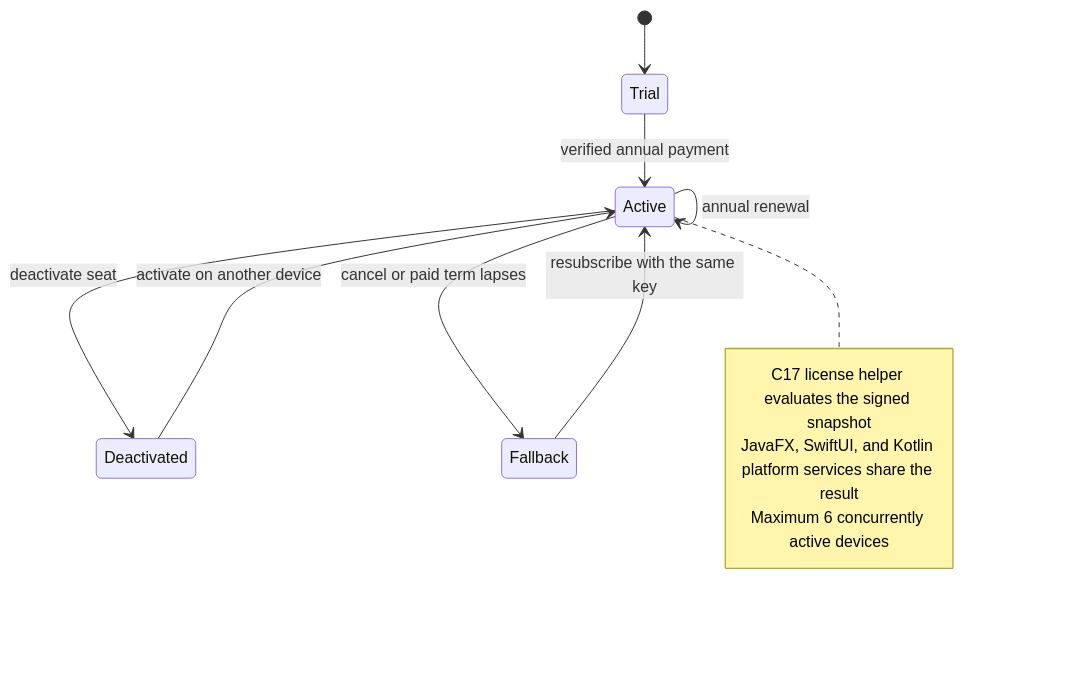
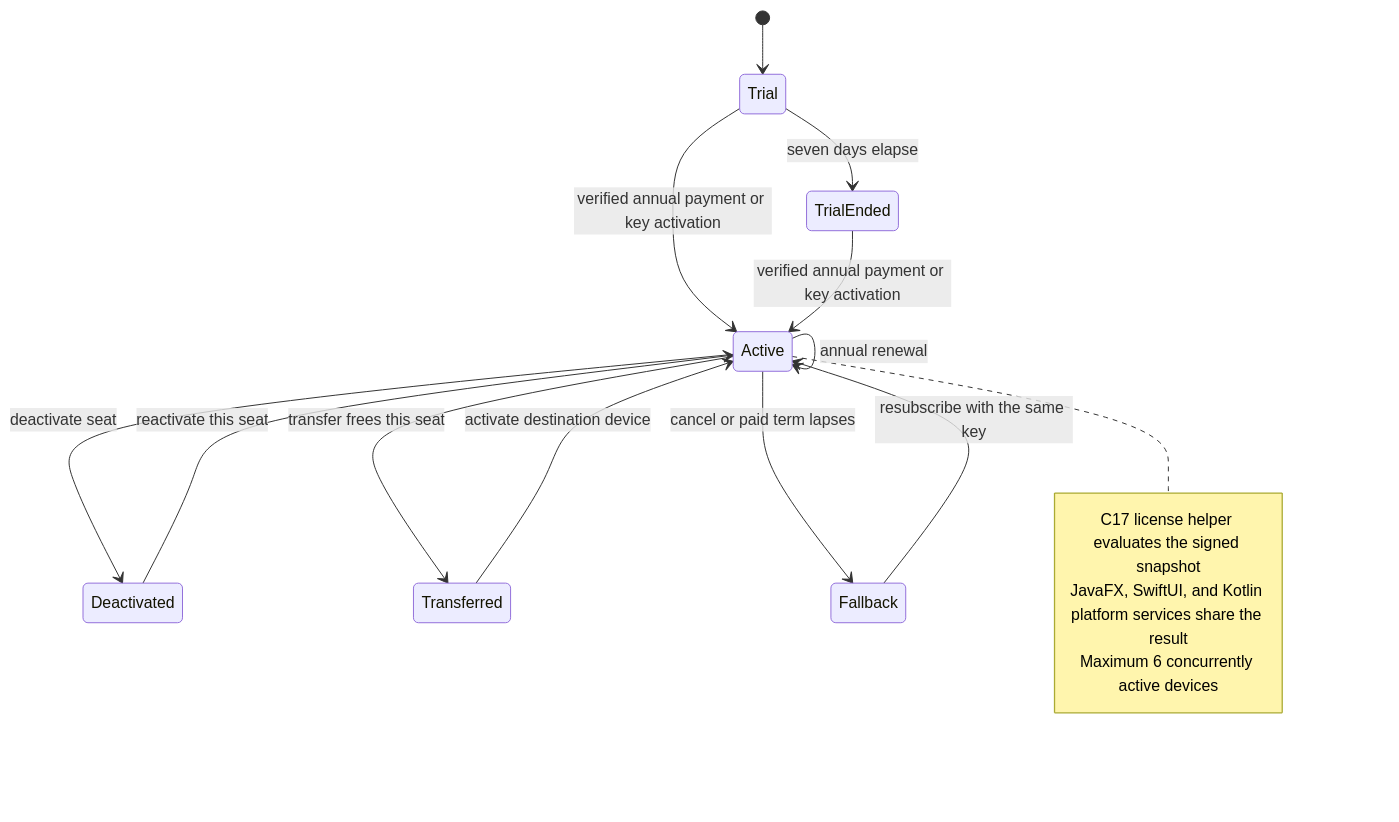
The fourth of 4 diagrams in README.md (JohnThre/clambhook), drawn with Mermaid before and after one commit. The commit also changed other lines of this file and 28 other files, not shown here.

Commit message:
Refresh documentation and diagrams

````diff
--- a/README.md
+++ b/README.md
@@ -222,16 +236,20 @@
 ```mermaid
 stateDiagram-v2
     [*] --> Trial
-    Trial --> Active: verified annual payment
+    Trial --> Active: verified annual payment or key activation
+    Trial --> TrialEnded: seven days elapse
+    TrialEnded --> Active: verified annual payment or key activation
     Active --> Active: annual renewal
     Active --> Deactivated: deactivate seat
-    Deactivated --> Active: activate on another device
+    Deactivated --> Active: reactivate this seat
+    Active --> Transferred: transfer frees this seat
+    Transferred --> Active: activate destination device
     Active --> Fallback: cancel or paid term lapses
     Fallback --> Active: resubscribe with the same key
 
     note right of Active
         C17 license helper evaluates the signed snapshot
         JavaFX, SwiftUI, and Kotlin platform services share the result
         Maximum 6 concurrently active devices
     end note
 ```
````
